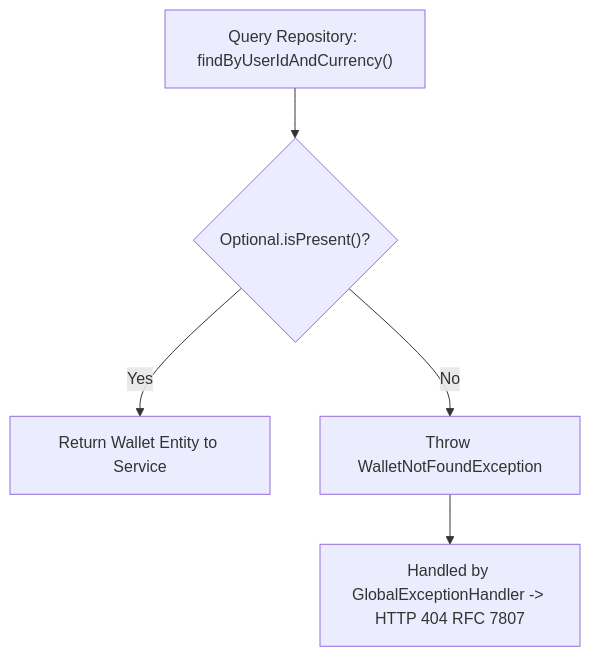
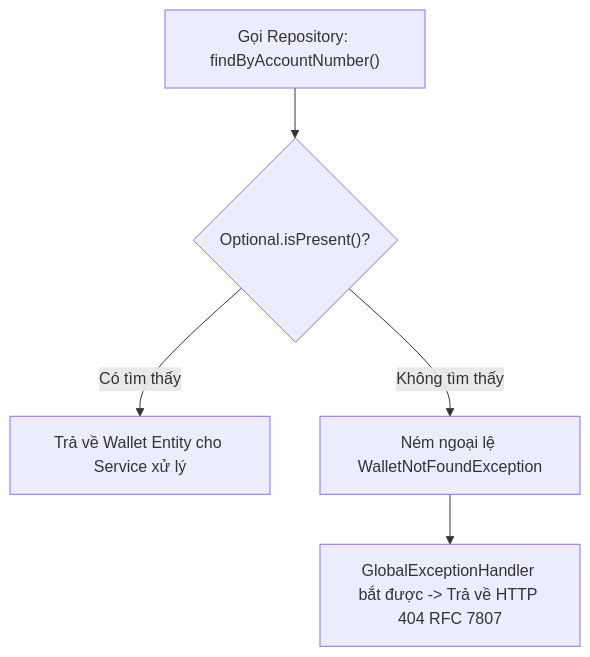
Before and after one commit to dducsw/mini-digital-wallet: the third of 5 diagrams in docs/concepts/spring-boot-base.md, drawn with Mermaid. The commit also changed other lines of this file and 147 other files, not shown here.

````diff
--- a/docs/concepts/spring-boot-base.md
+++ b/docs/concepts/spring-boot-base.md
@@ -179,7 +170,7 @@
 ```mermaid
 flowchart TD
-    A["Query Repository: findByUserIdAndCurrency()"] --> B{"Optional.isPresent()?"}
-    B -->|Yes| C["Return Wallet Entity to Service"]
-    B -->|No| D["Throw WalletNotFoundException"]
-    D --> E["Handled by GlobalExceptionHandler -> HTTP 404 RFC 7807"]
+    A["Gọi Repository: findByAccountNumber()"] --> B{"Optional.isPresent()?"}
+    B -->|Có tìm thấy| C["Trả về Wallet Entity cho Service xử lý"]
+    B -->|Không tìm thấy| D["Ném ngoại lệ WalletNotFoundException"]
+    D --> E["GlobalExceptionHandler bắt được -> Trả về HTTP 404 RFC 7807"]
 ```
````
